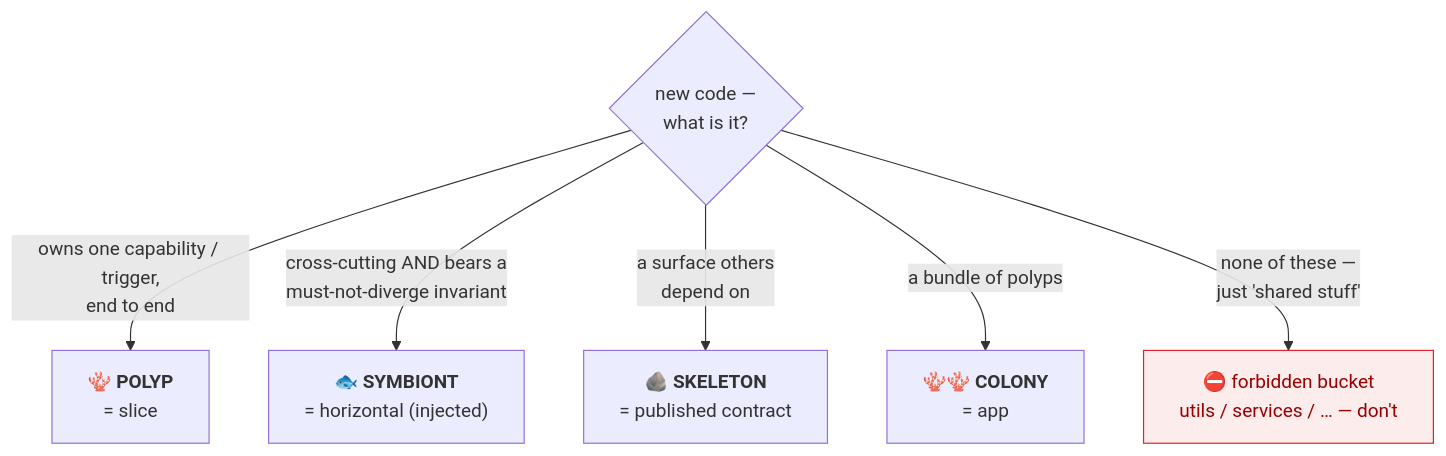
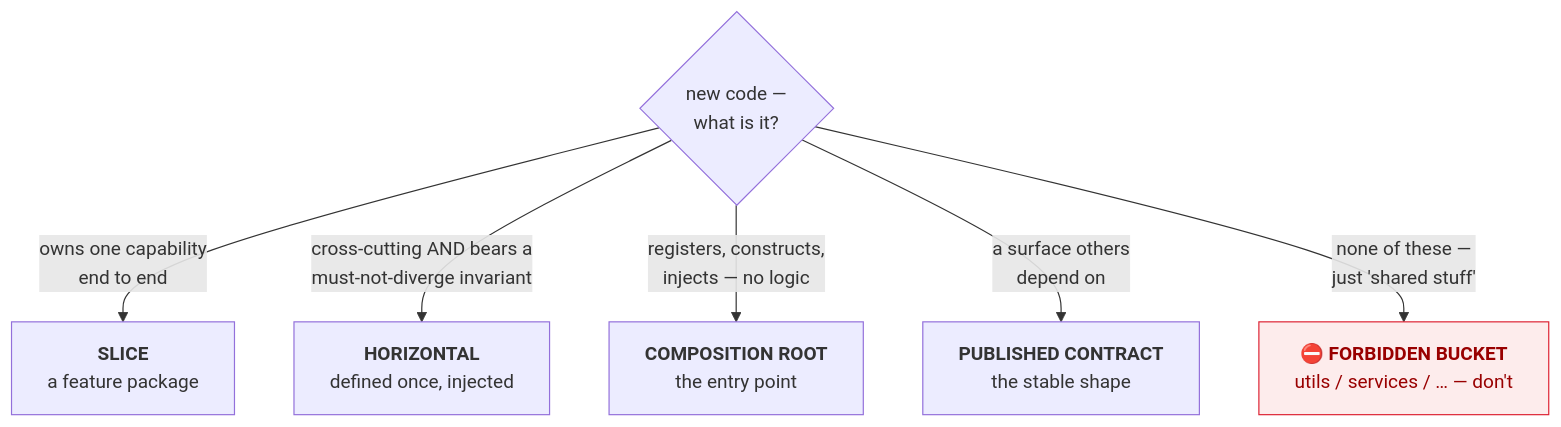
The first of 2 diagrams in CONVENTIONS.md (throw-if-null/coral), drawn with Mermaid before and after one commit. The commit also changed other lines of this file and 16 other files, not shown here.

````diff
--- a/CONVENTIONS.md
+++ b/CONVENTIONS.md
@@ -121,11 +106,11 @@
 ```mermaid
 flowchart TD
   Q{"new code —<br/>what is it?"}
-  Q -->|"owns one capability / trigger,<br/>end to end"| POLYP["🪸 <b>POLYP</b><br/>= slice"]
-  Q -->|"cross-cutting AND bears a<br/>must-not-diverge invariant"| SYM["🐟 <b>SYMBIONT</b><br/>= horizontal (injected)"]
-  Q -->|"a surface others<br/>depend on"| SK["🪨 <b>SKELETON</b><br/>= published contract"]
-  Q -->|"a bundle of polyps"| COL["🪸🪸 <b>COLONY</b><br/>= app"]
-  Q -->|"none of these —<br/>just 'shared stuff'"| BAD["⛔ forbidden bucket<br/>utils / services / … — don't"]
+  Q -->|"owns one capability<br/>end to end"| SLICE["<b>SLICE</b><br/>a feature package"]
+  Q -->|"cross-cutting AND bears a<br/>must-not-diverge invariant"| HZ["<b>HORIZONTAL</b><br/>defined once, injected"]
+  Q -->|"registers, constructs,<br/>injects — no logic"| ROOT["<b>COMPOSITION ROOT</b><br/>the entry point"]
+  Q -->|"a surface others<br/>depend on"| CT["<b>PUBLISHED CONTRACT</b><br/>the stable shape"]
+  Q -->|"none of these —<br/>just 'shared stuff'"| BAD["⛔ <b>FORBIDDEN BUCKET</b><br/>utils / services / … — don't"]
   class BAD bad
   classDef bad fill:#fdecec,stroke:#d23,color:#900
 ```
````
